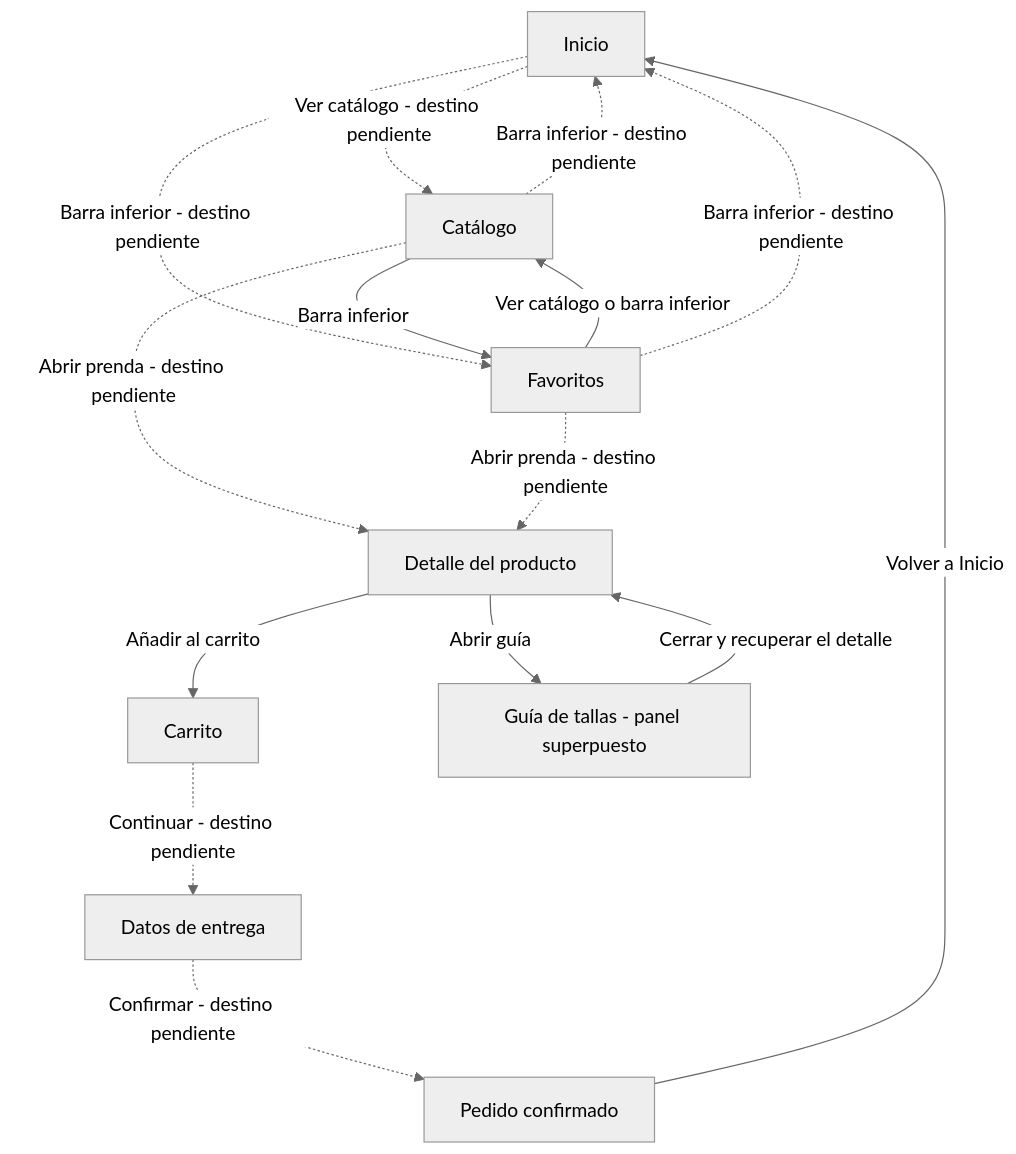
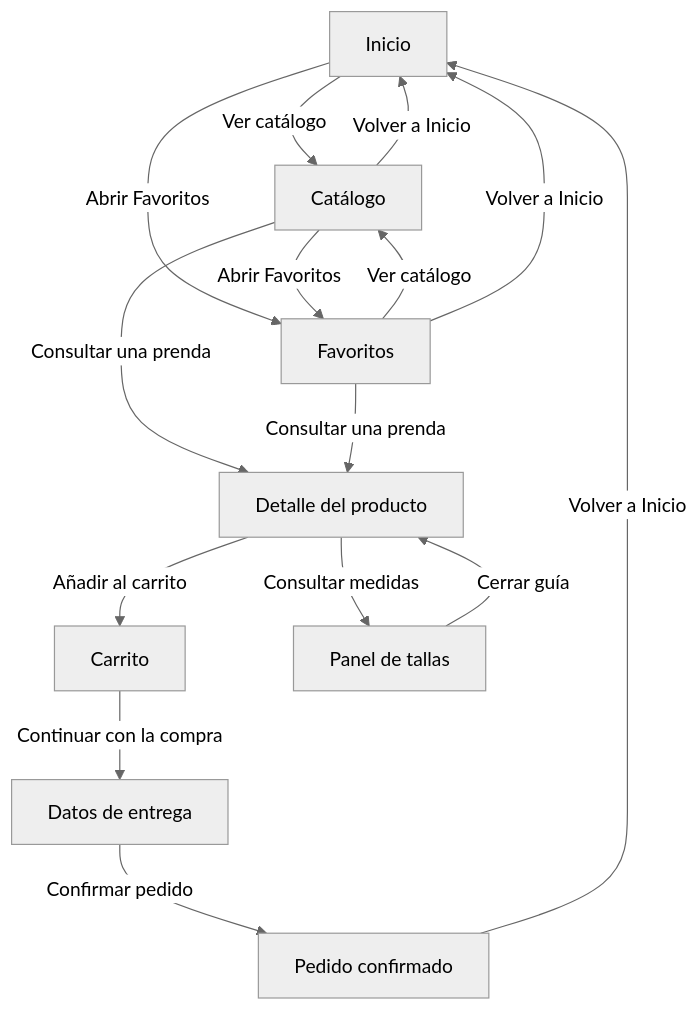
One commit to mgg06/diu-t1-ropainfantil changed the diagram in DOCUMENTACION.md. Above: the diagram before and after it, drawn with Mermaid (neutral theme). The commit also changed other lines of this file, not shown here.

Commit message:
docs: desarrollo la explicación de la navegación con lenguaje sencillo

````diff
--- a/DOCUMENTACION.md
+++ b/DOCUMENTACION.md
@@ -109,28 +113,28 @@
 ```mermaid
 flowchart TD
     INI["Inicio"]
     CAT["Catálogo"]
     DET["Detalle del producto"]
     CAR["Carrito"]
     ENT["Datos de entrega"]
     CON["Pedido confirmado"]
     FAV["Favoritos"]
-    GUI["Guía de tallas - panel superpuesto"]
+    GUI["Panel de tallas"]
 
-    INI -.->|"Ver catálogo - destino pendiente"| CAT
-    CAT -.->|"Abrir prenda - destino pendiente"| DET
+    INI -->|"Ver catálogo"| CAT
+    CAT -->|"Consultar una prenda"| DET
     DET -->|"Añadir al carrito"| CAR
-    CAR -.->|"Continuar - destino pendiente"| ENT
-    ENT -.->|"Confirmar - destino pendiente"| CON
+    CAR -->|"Continuar con la compra"| ENT
+    ENT -->|"Confirmar pedido"| CON
     CON -->|"Volver a Inicio"| INI
 
-    DET -->|"Abrir guía"| GUI
-    GUI -->|"Cerrar y recuperar el detalle"| DET
+    DET -->|"Consultar medidas"| GUI
+    GUI -->|"Cerrar guía"| DET
 
-    INI -.->|"Barra inferior - destino pendiente"| FAV
-    CAT -->|"Barra inferior"| FAV
-    FAV -->|"Ver catálogo o barra inferior"| CAT
-    CAT -.->|"Barra inferior - destino pendiente"| INI
-    FAV -.->|"Barra inferior - destino pendiente"| INI
-    FAV -.->|"Abrir prenda - destino pendiente"| DET
+    INI -->|"Abrir Favoritos"| FAV
+    FAV -->|"Ver catálogo"| CAT
+    FAV -->|"Consultar una prenda"| DET
+    CAT -->|"Abrir Favoritos"| FAV
+    CAT -->|"Volver a Inicio"| INI
+    FAV -->|"Volver a Inicio"| INI
 ```
````
